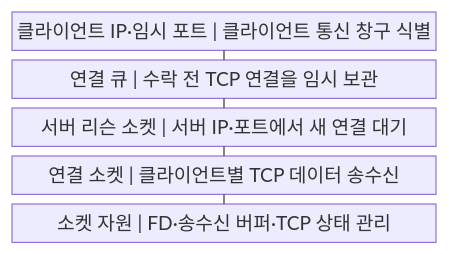
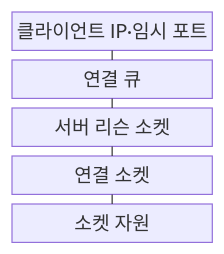
The first of 2 diagrams in src/content/docs/notes/04-network/029_port_socket_communication.md (agnusdei1207/knowledge-base), drawn with Mermaid before and after one commit. The commit also changed other lines of this file and 122 other files, not shown here.

````diff
--- a/src/content/docs/notes/04-network/029_port_socket_communication.md
+++ b/src/content/docs/notes/04-network/029_port_socket_communication.md
@@ -58,13 +58,13 @@
 ```mermaid
-block
+block-beta
     columns 1
-    A["클라이언트 IP·임시 포트 | 클라이언트 통신 창구 식별"]
-    B["연결 큐 | 수락 전 TCP 연결을 임시 보관"]
-    C["서버 리슨 소켓 | 서버 IP·포트에서 새 연결 대기"]
-    D["연결 소켓 | 클라이언트별 TCP 데이터 송수신"]
-    E["소켓 자원 | FD·송수신 버퍼·TCP 상태 관리"]
+    A["클라이언트 IP·임시 포트"]
+    B["연결 큐"]
+    C["서버 리슨 소켓"]
+    D["연결 소켓"]
+    E["소켓 자원"]
     A --- B
     B --- C
     C --- D
     D --- E
 ```
````
